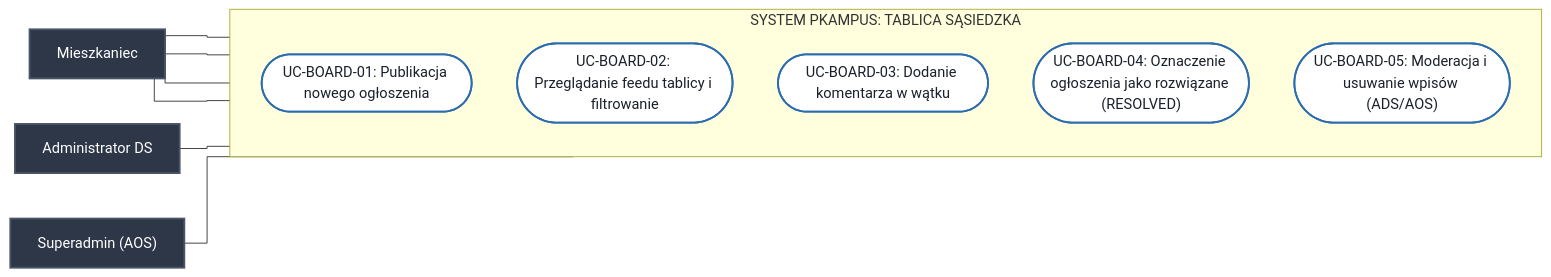
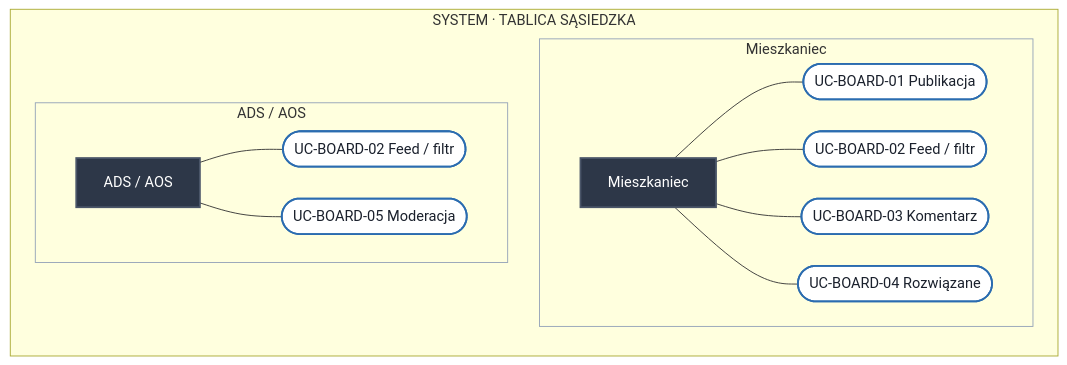
Before and after one commit to Buczy8/PKampus: the seventh of 9 diagrams in Docs/Diagramy_Przypadkow_Uzycia.md, drawn with Mermaid. The commit also changed other lines of this file and 7 other files, not shown here.

````diff
--- a/Docs/Diagramy_Przypadkow_Uzycia.md
+++ b/Docs/Diagramy_Przypadkow_Uzycia.md
@@ -285,28 +260,30 @@
 ```mermaid
-%%{init: {'flowchart': {'curve': 'stepBefore'}}}%%
-flowchart LR
-    classDef actorStyle fill:#2d3748,stroke:#4a5568,stroke-width:2px,color:#fff;
-    classDef ucStyle fill:#fff,stroke:#2b6cb0,stroke-width:2px,color:#1a202c;
+%%{init: {'flowchart': {'curve': 'basis', 'nodeSpacing': 35, 'rankSpacing': 40}}}%%
+flowchart TB
+    classDef actor fill:#2d3748,stroke:#4a5568,stroke-width:2px,color:#fff;
+    classDef uc fill:#fff,stroke:#2b6cb0,stroke-width:2px,color:#1a202c;
+    classDef inc fill:#edf2f7,stroke:#718096,stroke-width:1px,stroke-dasharray:3 3,color:#2d3748;
+    classDef sys fill:#1a365d,stroke:#2b6cb0,stroke-width:2px,color:#fff;
+    classDef abs fill:#4a5568,stroke:#718096,stroke-width:2px,color:#fff,stroke-dasharray:4 4;
+    classDef lane fill:transparent,stroke:#cbd5e1,stroke-width:1px,color:#64748b;
+    subgraph BRD["SYSTEM · TABLICA SĄSIEDZKA"]
+        direction TB
 
-    Student["Mieszkaniec"]:::actorStyle
+        subgraph L1["Mieszkaniec"]
+            direction LR
+            S["Mieszkaniec"]:::actor --- U01(["UC-BOARD-01 Publikacja"]):::uc
+            S --- U02(["UC-BOARD-02 Feed / filtr"]):::uc
+            S --- U03(["UC-BOARD-03 Komentarz"]):::uc
+            S --- U04(["UC-BOARD-04 Rozwiązane"]):::uc
+        end
 
-    subgraph System_Board ["SYSTEM PKAMPUS: TABLICA SĄSIEDZKA"]
-        direction TB
-        UC_BOARD_01(["UC-BOARD-01: Publikacja nowego ogłoszenia"]):::ucStyle
-        UC_BOARD_02(["UC-BOARD-02: Przeglądanie feedu tablicy i filtrowanie"]):::ucStyle
-        UC_BOARD_03(["UC-BOARD-03: Dodanie komentarza w wątku"]):::ucStyle
-        UC_BOARD_04(["UC-BOARD-04: Oznaczenie ogłoszenia jako rozwiązane (RESOLVED)"]):::ucStyle
-        UC_BOARD_05(["UC-BOARD-05: Moderacja i usuwanie wpisów (ADS/AOS)"]):::ucStyle
+        subgraph L2["ADS / AOS"]
+            direction LR
+            M["ADS / AOS"]:::actor --- U02b(["UC-BOARD-02 Feed / filtr"]):::uc
+            M --- U05(["UC-BOARD-05 Moderacja"]):::uc
+        end
     end
 
-    AdminDS["Administrator DS"]:::actorStyle
-    SuperAdmin["Superadmin (AOS)"]:::actorStyle
-
-    Student --- UC_BOARD_01
-    Student --- UC_BOARD_02
-    Student --- UC_BOARD_03
-    Student --- UC_BOARD_04
-
-    AdminDS --- UC_BOARD_05
-    SuperAdmin --- UC_BOARD_05
+    style L1 fill:transparent,stroke:#94a3b8
+    style L2 fill:transparent,stroke:#94a3b8
 ```
````
